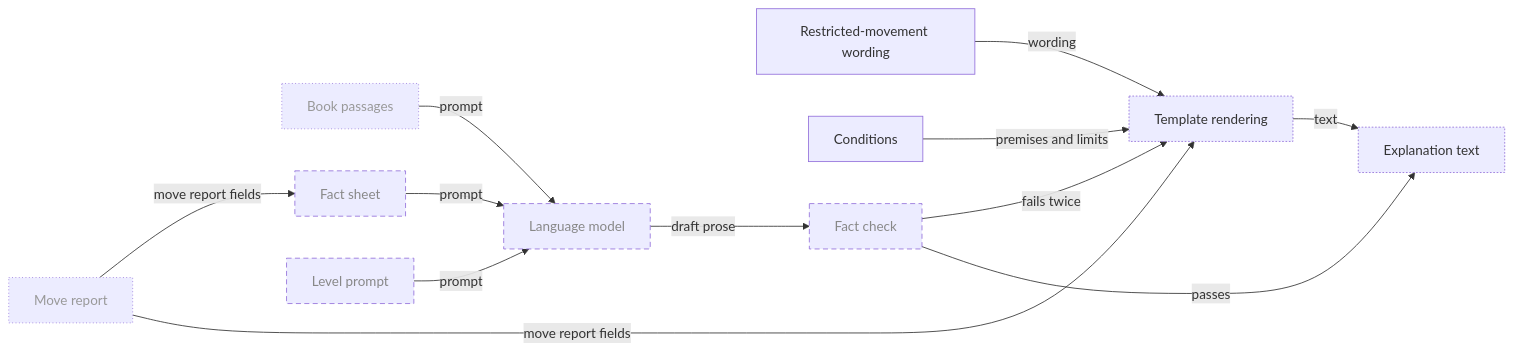
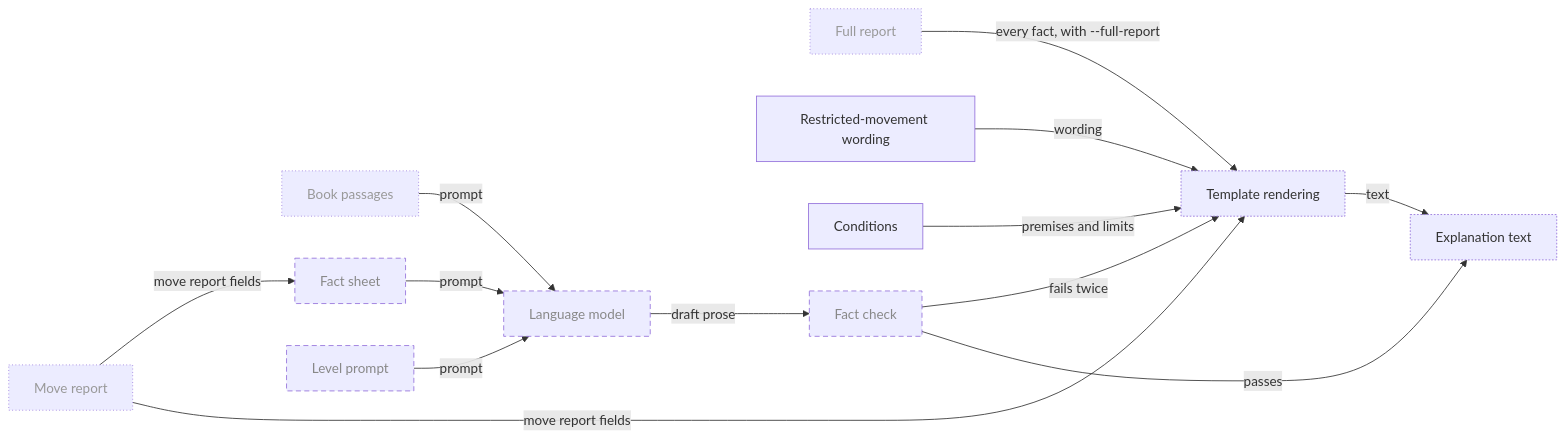
Before and after one commit to aurja/ChessWhy: diagram 11 of 22 in Planning/DBC/CONCEPTS.md, drawn with Mermaid. The commit also changed other lines of this file and 5 other files, not shown here.

First line of the commit message:
M4 contract: --json chooses format, --full-report chooses content

````diff
--- a/Planning/DBC/CONCEPTS.md
+++ b/Planning/DBC/CONCEPTS.md
@@ -519,27 +520,29 @@
 ```mermaid
 flowchart LR
     MoveReport["Move report"]
+    ReportDocument["Full report"]
     BookPassages["Book passages"]
     RestrictedMovement["Restricted-movement wording"]
     Conditions["Conditions"]
     TemplateRendering["Template rendering"]
     FactSheet["Fact sheet"]
     LevelPrompt["Level prompt"]
     LanguageModel["Language model"]
     FactCheck["Fact check"]
     ExplanationText["Explanation text"]
     MoveReport -->|move report fields| TemplateRendering & FactSheet
+    ReportDocument -->|every fact, with --full-report| TemplateRendering
     RestrictedMovement -->|wording| TemplateRendering
     Conditions -->|premises and limits| TemplateRendering
     FactSheet & LevelPrompt & BookPassages -->|prompt| LanguageModel
     LanguageModel -->|draft prose| FactCheck
     FactCheck -->|passes| ExplanationText
     FactCheck -->|fails twice| TemplateRendering
     TemplateRendering -->|text| ExplanationText
     classDef planned stroke-dasharray:6 4,color:#888
     classDef partial stroke-dasharray:2 2
     classDef external stroke-dasharray:1 3,color:#999
-    class MoveReport,BookPassages external
+    class MoveReport,ReportDocument,BookPassages external
     class FactSheet,LevelPrompt,LanguageModel,FactCheck planned
     class TemplateRendering,ExplanationText partial
 ```
````
